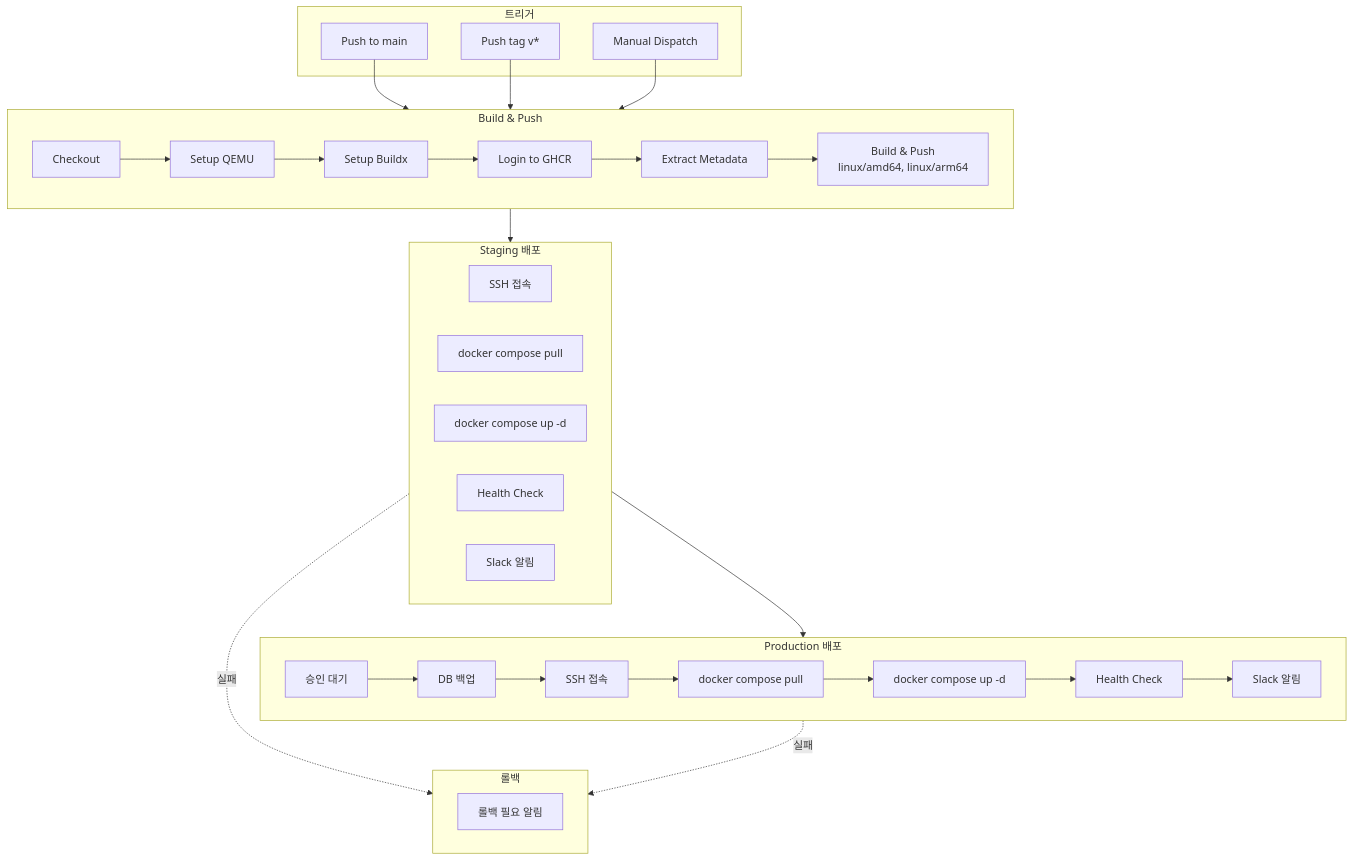
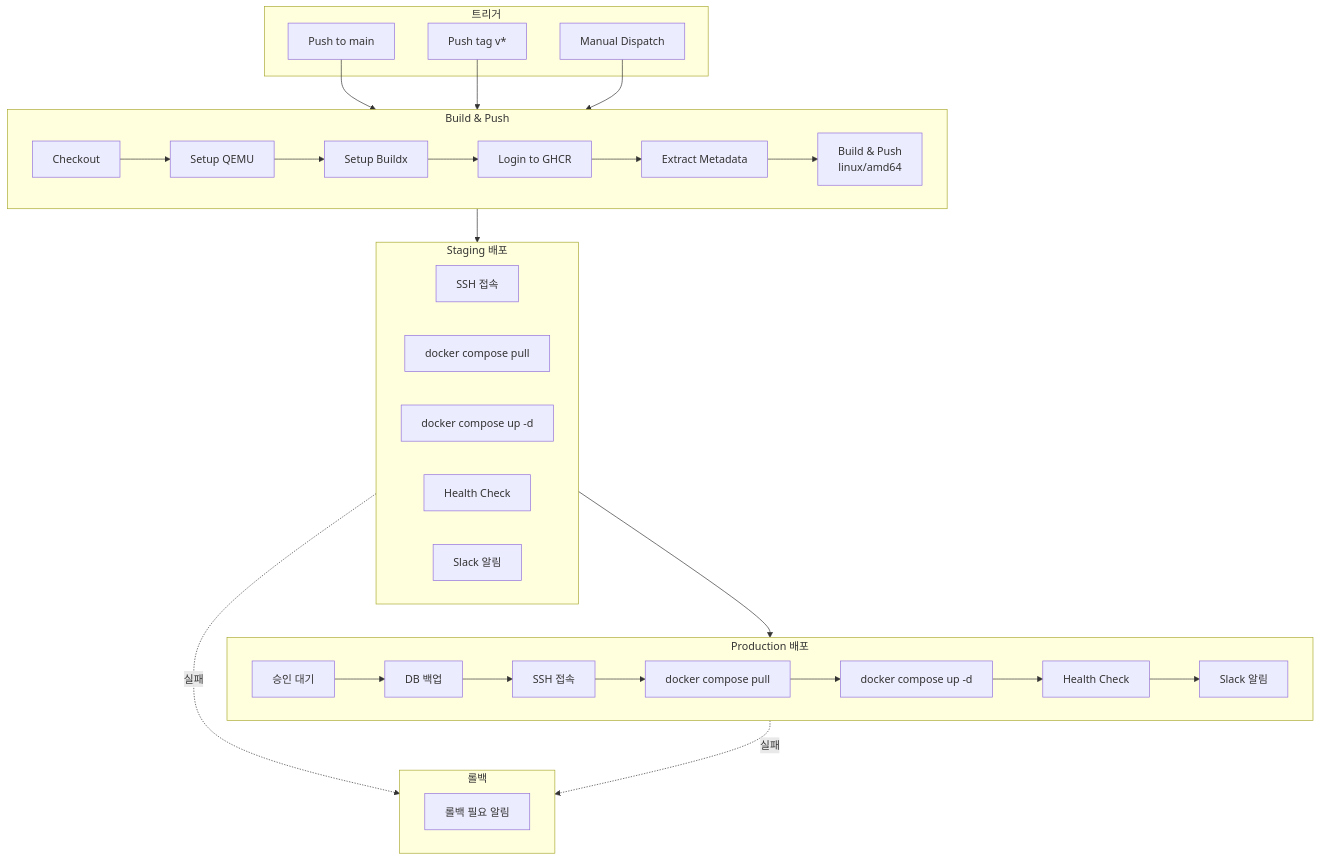
Before and after one commit to k82022603/hybrid-rag-knowledge-ops: the fifth of 8 diagrams in knowledge_service/docs/07_maintenance/github_actions_cicd_guide.md, drawn with Mermaid. The commit also changed other lines of this file and 4 other files, not shown here.

````diff
--- a/knowledge_service/docs/07_maintenance/github_actions_cicd_guide.md
+++ b/knowledge_service/docs/07_maintenance/github_actions_cicd_guide.md
@@ -343,52 +384,52 @@
 ```mermaid
 flowchart TB
     subgraph Trigger["트리거"]
         MainPush["Push to main"]
         TagPush["Push tag v*"]
         Manual["Manual Dispatch"]
     end
 
     subgraph Build["Build & Push"]
         Checkout["Checkout"]
         QEMU["Setup QEMU"]
         Buildx["Setup Buildx"]
         Login["Login to GHCR"]
         Meta["Extract Metadata"]
-        BuildPush["Build & Push<br/>linux/amd64, linux/arm64"]
+        BuildPush["Build & Push<br/>linux/amd64"]
     end
 
     subgraph Staging["Staging 배포"]
         StagingSSH["SSH 접속"]
         StagingPull["docker compose pull"]
         StagingUp["docker compose up -d"]
         StagingVerify["Health Check"]
         StagingNotify["Slack 알림"]
     end
 
     subgraph Production["Production 배포"]
         Approval["승인 대기"]
         Backup["DB 백업"]
         ProdSSH["SSH 접속"]
         ProdPull["docker compose pull"]
         ProdUp["docker compose up -d"]
         ProdVerify["Health Check"]
         ProdNotify["Slack 알림"]
     end
 
     subgraph Rollback["롤백"]
         RollbackNotify["롤백 필요 알림"]
     end
 
     MainPush --> Build
     TagPush --> Build
     Manual --> Build
 
     Build --> Staging
     Staging --> Production
 
     Staging -.->|실패| Rollback
     Production -.->|실패| Rollback
 
     Checkout --> QEMU --> Buildx --> Login --> Meta --> BuildPush
     Approval --> Backup --> ProdSSH --> ProdPull --> ProdUp --> ProdVerify --> ProdNotify
 ```
````
